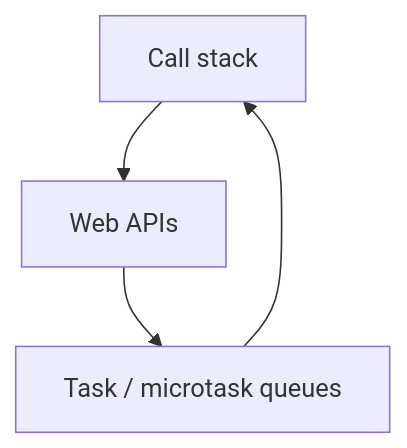
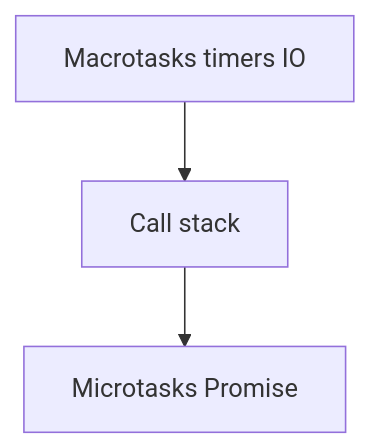
The diagram in frontend/04-javascript.md (tiagocosmai/study-materials), drawn with Mermaid before and after one commit. The commit also changed other lines of this file and 14 other files, not shown here.

````diff
--- a/frontend/04-javascript.md
+++ b/frontend/04-javascript.md
@@ -7,9 +7,8 @@
 ```mermaid
 flowchart TB
   STACK[Call stack]
-  WEB[Web APIs]
-  QUEUE[Task / microtask queues]
-  STACK --> WEB
-  WEB --> QUEUE
-  QUEUE --> STACK
+  MICRO[Microtasks Promise]
+  MACRO[Macrotasks timers IO]
+  STACK --> MICRO
+  MACRO --> STACK
 ```
````
